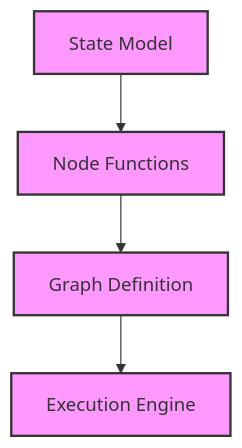
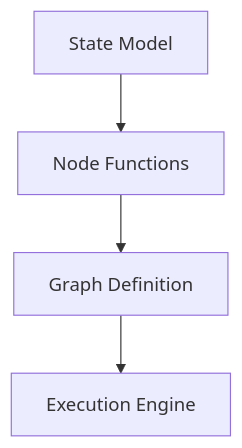
The diagram in docs/workflows/custom_workflows.md (inherent-design/atlas), drawn with Mermaid before and after one commit. The commit also changed 11 other files, not shown here.

````diff
--- a/docs/workflows/custom_workflows.md
+++ b/docs/workflows/custom_workflows.md
@@ -18,9 +18,7 @@
 ```mermaid
 flowchart TD
     A[State Model] --> B[Node Functions]
     B --> C[Graph Definition]
     C --> D[Execution Engine]
 
-    classDef component fill:#f9f,stroke:#333,stroke-width:2px
-    class A,B,C,D component
 ```
````
